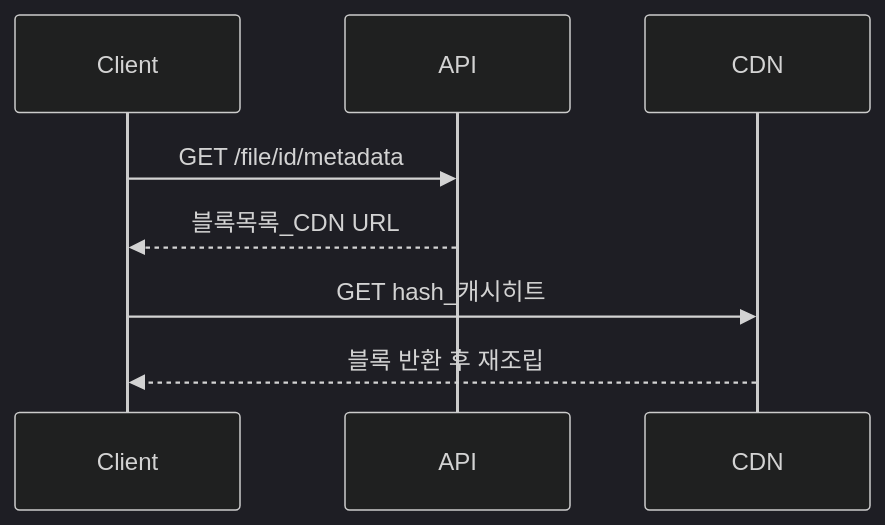
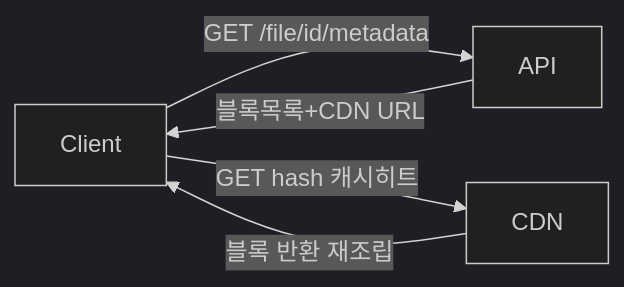
Before and after one commit to yjkim2015/yjkim2015.github.io: the third of 8 diagrams in _posts/systemdesign/2026-05-03-system-design-file-storage.md, drawn with Mermaid (dark theme). The commit also changed other lines of this file and 84 other files, not shown here.

First line of the commit message:
85개 포스트 Mermaid 다이어그램 규칙 일괄 수정

````diff
--- a/_posts/systemdesign/2026-05-03-system-design-file-storage.md
+++ b/_posts/systemdesign/2026-05-03-system-design-file-storage.md
@@ -287,10 +286,7 @@
 ```mermaid
-sequenceDiagram
-    participant C as Client
-    participant API
-    participant CDN
-    C->>API: GET /file/id/metadata
-    API-->>C: 블록목록_CDN URL
-    C->>CDN: GET hash_캐시히트
-    CDN-->>C: 블록 반환 후 재조립
+graph LR
+    A[Client] -->|GET /file/id/metadata| B[API]
+    B -->|블록목록+CDN URL| A
+    A -->|GET hash 캐시히트| C[CDN]
+    C -->|블록 반환 재조립| A
 ```
````
